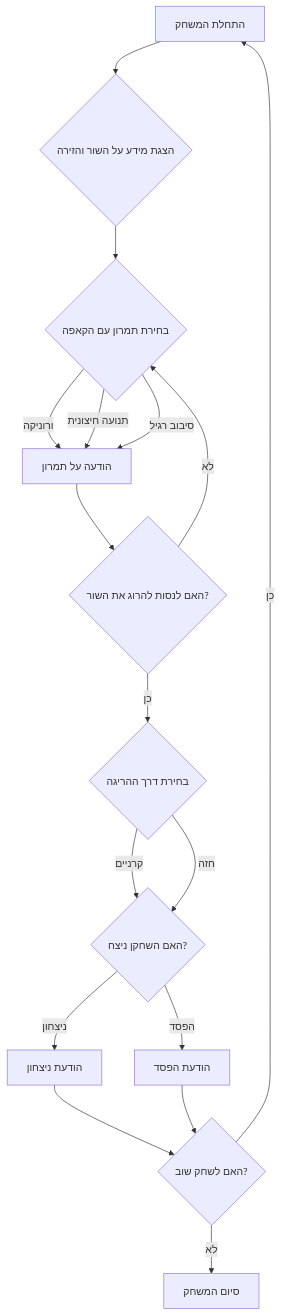
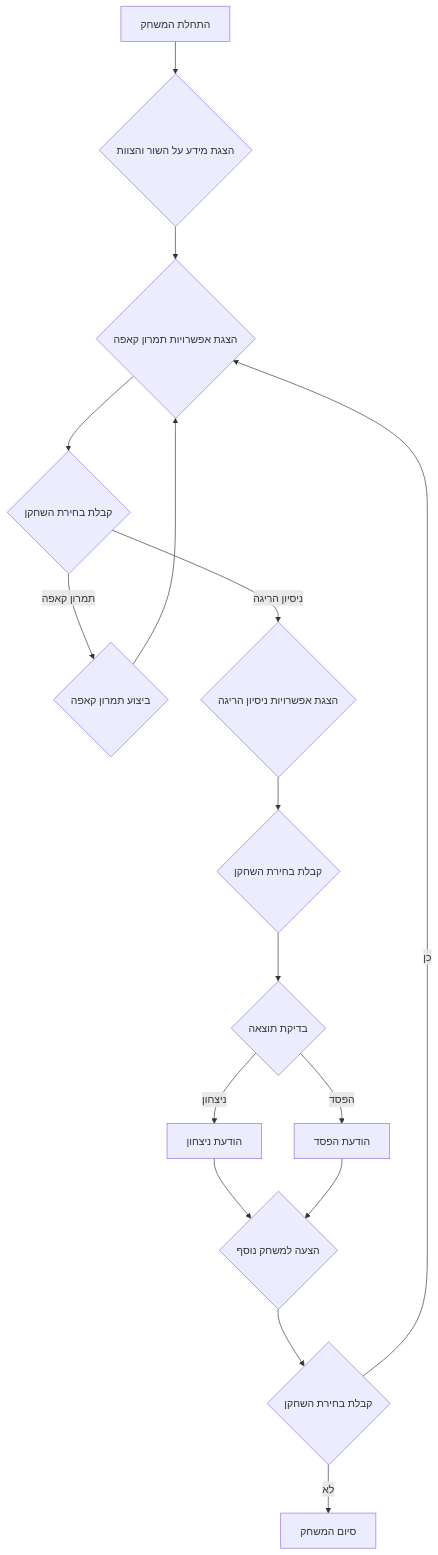
One commit to hypo69/hypo changed the diagram in docs/gemini/he/explainer/src/endpoints/ai_games/101_basic_computer_games/ru/rules/21_bull.ru.md.md. Above: the diagram before and after it, drawn with Mermaid. The commit also changed other lines of this file and 885 other files, not shown here.

````diff
--- a/docs/gemini/he/explainer/src/endpoints/ai_games/101_basic_computer_games/ru/rules/21_bull.ru.md.md
+++ b/docs/gemini/he/explainer/src/endpoints/ai_games/101_basic_computer_games/ru/rules/21_bull.ru.md.md
@@ -55,19 +75,18 @@
 ```mermaid
 flowchart TD
-    A[התחלת המשחק] --> B{הצגת מידע על השור והזירה};
-    B --> C{בחירת תמרון עם הקאפה};
-    C -- ורוניקה --> D[הודעה על תמרון];
-    C -- תנועה חיצונית --> D;
-    C -- סיבוב רגיל --> D;
-    D --> E{האם לנסות להרוג את השור?};
-    E -- כן --> F{בחירת דרך ההריגה};
-    F -- קרניים --> G{האם השחקן ניצח?};
-    F -- חזה --> G;
-    G -- ניצחון --> H[הודעת ניצחון];
-    G -- הפסד --> I[הודעת הפסד];
-    H --> J{האם לשחק שוב?};
-    I --> J;
-    J -- כן --> A;
-    J -- לא --> K[סיום המשחק];
-    E -- לא --> C;
+    A[התחלת המשחק] --> B{הצגת מידע על השור והצוות};
+    B --> C{הצגת אפשרויות תמרון קאפה};
+    C --> D{קבלת בחירת השחקן};
+    D -- תמרון קאפה --> E{ביצוע תמרון קאפה};
+    E --> C
+    D -- ניסיון הריגה --> F{הצגת אפשרויות ניסיון הריגה};
+    F --> G{קבלת בחירת השחקן};
+    G --> H{בדיקת תוצאה};
+    H -- ניצחון --> I[הודעת ניצחון];
+    H -- הפסד --> J[הודעת הפסד];
+    I --> K{הצעה למשחק נוסף};
+    J --> K;
+    K --> L{קבלת בחירת השחקן};
+    L -- כן --> C;
+    L -- לא --> M[סיום המשחק];
 ```
````
